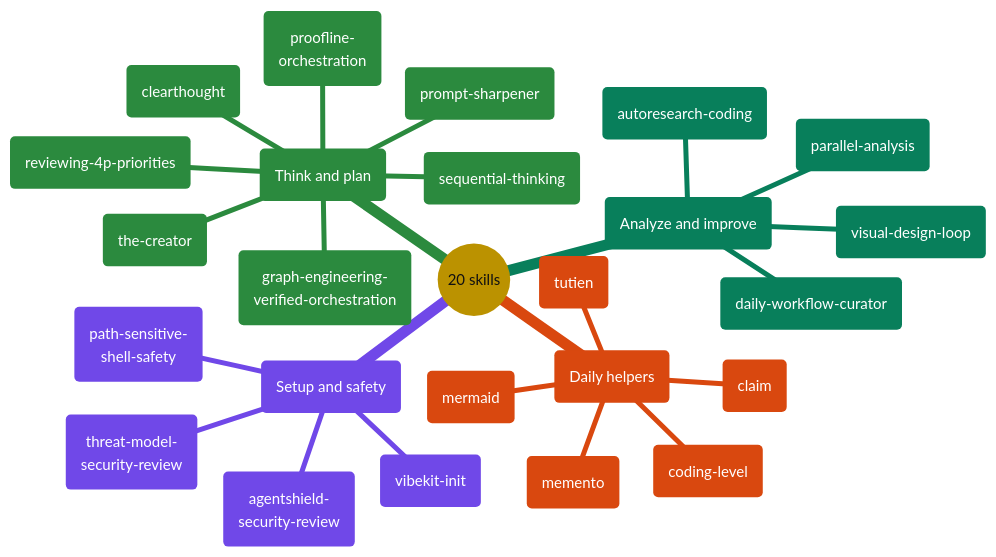
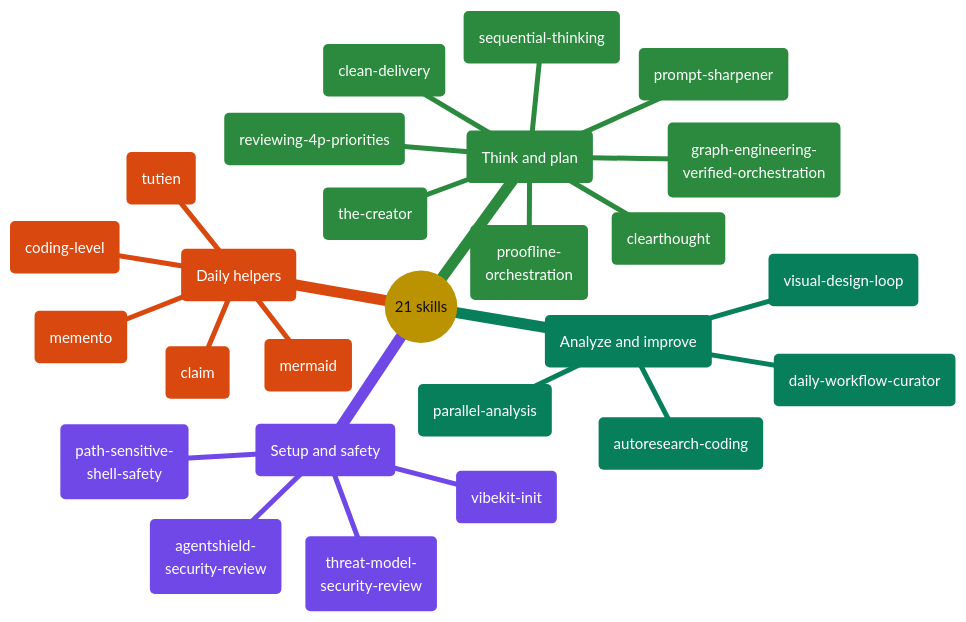
One commit to giang6283623/minimal-vibe-coding-kit changed the fifth of 9 diagrams in README.md. Above: the diagram before and after it, drawn with Mermaid. The commit also changed other lines of this file and 130 other files, not shown here.

````diff
--- a/README.md
+++ b/README.md
@@ -347,61 +354,62 @@
 ```mermaid
 ---
 config:
   theme: base
   themeCSS: >-
     .mindmap-node:not(.section-root):not(.section--1) text,
     .mindmap-node:not(.section-root):not(.section--1) tspan
     { fill: #FFFFFF !important; }
     .mindmap-node:not(.section-root):not(.section--1) div,
     .mindmap-node:not(.section-root):not(.section--1) span,
     .mindmap-node:not(.section-root):not(.section--1) p
     { color: #FFFFFF !important; }
   themeVariables:
     darkMode: false
     fontFamily: cascadia mono, consolas, noto sans mono, menlo, monospace
     fontSize: 15px
     lineColor: "#888888"
     textColor: "#111111"
     primaryColor: "#FFD43B"
     primaryTextColor: "#111111"
     primaryBorderColor: "#444444"
     cScale0: "#1971C2"
     cScale1: "#7048E8"
     cScale2: "#2B8A3E"
     cScale3: "#087F5B"
     cScale4: "#D9480F"
     cScale5: "#C2255C"
     cScaleLabel0: "#FFFFFF"
     cScaleLabel1: "#FFFFFF"
     cScaleLabel2: "#FFFFFF"
     cScaleLabel3: "#FFFFFF"
     cScaleLabel4: "#FFFFFF"
     cScaleLabel5: "#FFFFFF"
 ---
 mindmap
-  root(("20 skills"))
+  root(("21 skills"))
     setup("Setup and safety")
       s1("vibekit-init")
       s2("agentshield-<br/>security-review")
       s3("path-sensitive-<br/>shell-safety")
       s4("threat-model-<br/>security-review")
     think("Think and plan")
       t1("clearthought")
       t2("sequential-thinking")
       t3("prompt-sharpener")
       t4("reviewing-4p-priorities")
       t5("graph-engineering-<br/>verified-orchestration")
       t6("the-creator")
       t7("proofline-<br/>orchestration")
+      t8("clean-delivery")
     analyze("Analyze and improve")
       a1("parallel-analysis")
       a2("autoresearch-coding")
       a3("daily-workflow-curator")
       a4("visual-design-loop")
     helpers("Daily helpers")
       h1("memento")
       h2("coding-level")
       h3("mermaid")
       h4("claim")
       h5("tutien")
 ```
````
